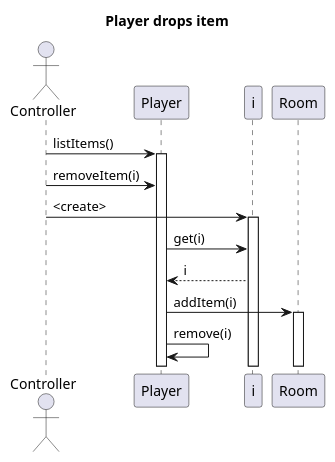
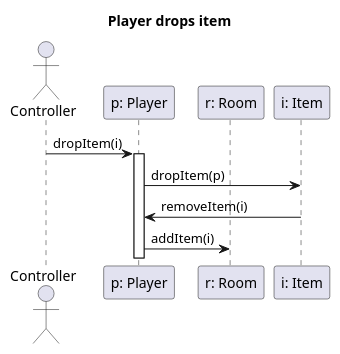
The diagram in docs/targyeldobas.plantuml (MBakter/echo), drawn with PlantUML before and after one commit. The commit also changed 3 other files, not shown here.

```diff
--- a/docs/targyeldobas.plantuml
+++ b/docs/targyeldobas.plantuml
@@ -1,18 +1,16 @@
-@startuml
+@startuml dropItem
 title Player drops item
 
 actor Controller as c
+participant "p: Player" as Player
+participant "r: Room" as Room
+participant "i: Item" as Item
 
 
-c -> Player : listItems()
-Activate Player
-c -> Player : removeItem(i)
-c -> i : <create>
-activate i
-Player -> i: get(i)
-i --> Player : i
+c -> Player : dropItem(i)
+activate Player
+Player -> Item : dropItem(p)
+Item -> Player : removeItem(i)
 Player -> Room : addItem(i)
-activate Room
-Player -> Player : remove(i)
 
 @enduml
```
